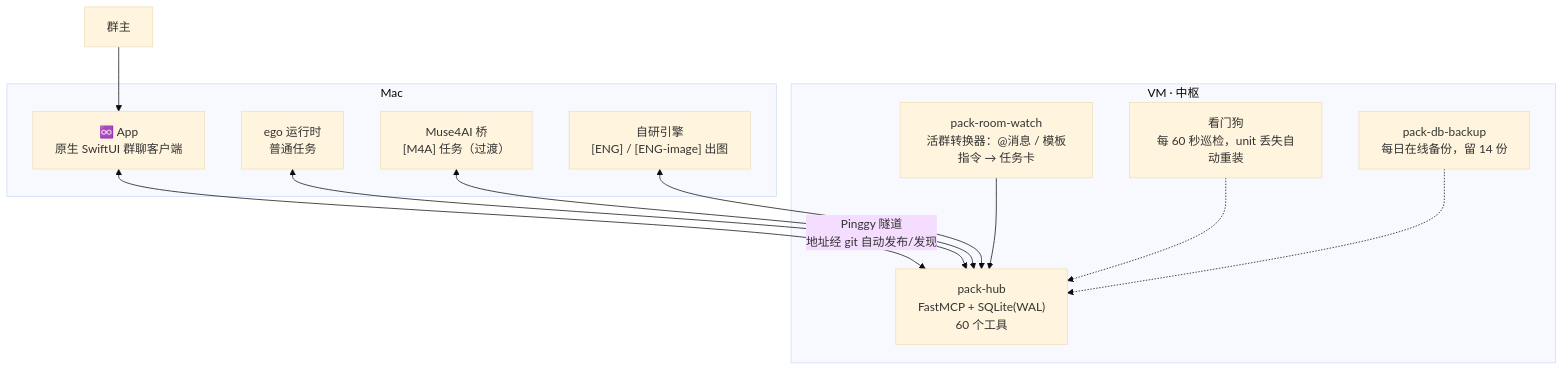
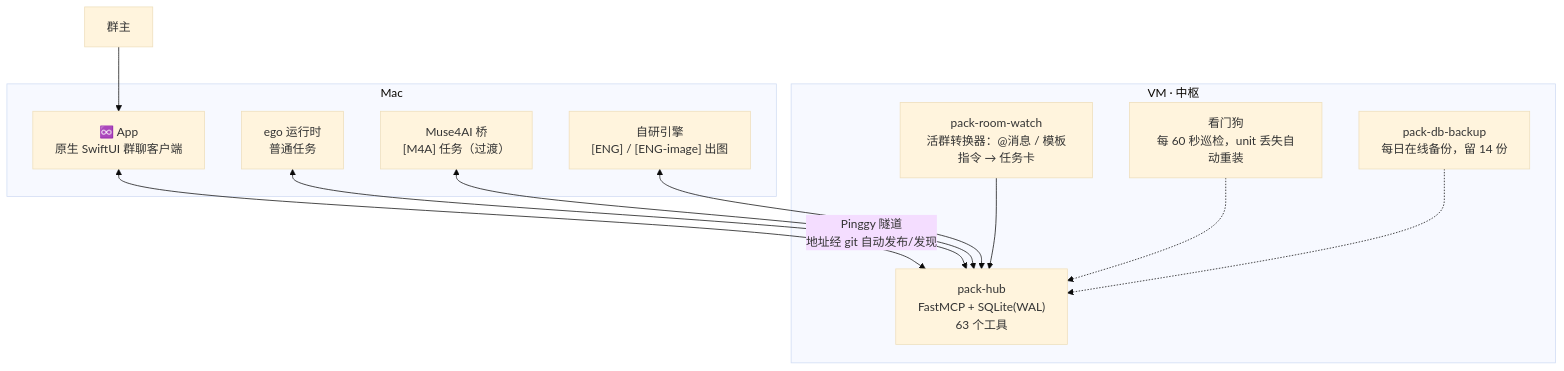
The first of 2 diagrams in README.md (cyou1314/Pack), drawn with Mermaid (base theme) before and after one commit. The commit also changed other lines of this file and 4 other files, not shown here.

````diff
--- a/README.md
+++ b/README.md
@@ -58,24 +58,24 @@
 ```mermaid
 flowchart TB
     subgraph VM["VM · 中枢"]
-        HUB["pack-hub<br/>FastMCP + SQLite(WAL)<br/>60 个工具"]
+        HUB["pack-hub<br/>FastMCP + SQLite(WAL)<br/>63 个工具"]
         WATCH["pack-room-watch<br/>活群转换器：@消息 / 模板指令 → 任务卡"]
         BAK["pack-db-backup<br/>每日在线备份，留 14 份"]
         DOG["看门狗<br/>每 60 秒巡检，unit 丢失自动重装"]
     end
     subgraph MAC["Mac"]
         APP["♾️ App<br/>原生 SwiftUI 群聊客户端"]
         EGO["ego 运行时<br/>普通任务"]
         BRIDGE["Muse4AI 桥<br/>[M4A] 任务（过渡）"]
         ENG["自研引擎<br/>[ENG] / [ENG-image] 出图"]
     end
     OWNER["群主"]
     OWNER --> APP
     APP <-->|"Pinggy 隧道<br/>地址经 git 自动发布/发现"| HUB
     EGO <--> HUB
     BRIDGE <--> HUB
     ENG <--> HUB
     WATCH --> HUB
     DOG -.-> HUB
     BAK -.-> HUB
 ```
````
